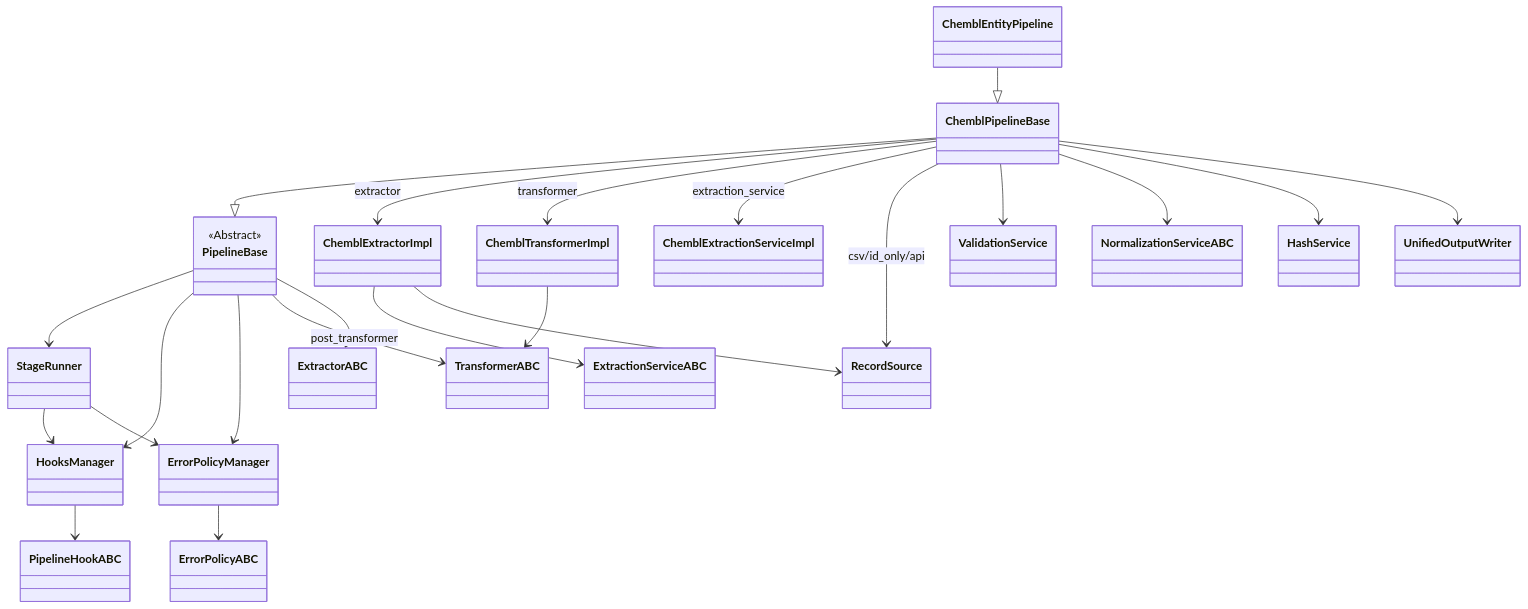
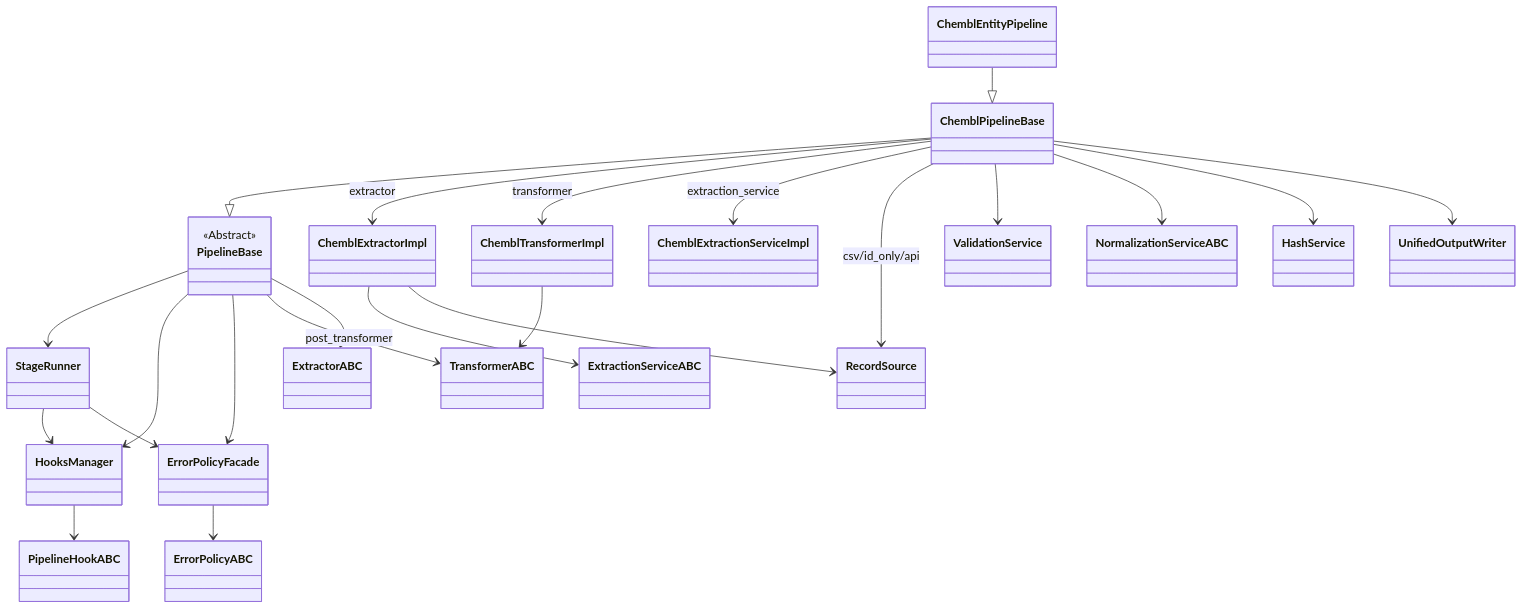
One commit to SatoryKono/BioactivityDataAcquisition changed the diagram in docs/architecture/diagrams/class/11-pipeline-classes.mmd. Above: the diagram before and after it, drawn with Mermaid. The commit also changed 9 other files, not shown here.

Commit message:
Rename error policy facade and update references

```diff
--- a/docs/architecture/diagrams/class/11-pipeline-classes.mmd
+++ b/docs/architecture/diagrams/class/11-pipeline-classes.mmd
@@ -1,50 +1,50 @@
 ---
 id: 15d7b6ea-8c7c-4b0e-9d3a-0b6e3d6e9f11
 ---
 %%{init: {"class": {"domainPrimary": {"fill": "#f5f5f5", "stroke": "#444", "strokeWidth": 1.5, "color": "#111", "fontSize": "22px"}, "domainSecondary": {"fill": "#e3e7ec", "stroke": "#555", "strokeWidth": 1.2, "color": "#111", "fontSize": "18px"}, "interface": {"fill": "#dde7f2", "stroke": "#44546a", "strokeWidth": 1.5, "color": "#111", "fontSize": "22px"}}}}%%
 classDiagram-v2
 
 class PipelineBase {
   <<Abstract>>
 }
 class ChemblPipelineBase
 class ChemblEntityPipeline
 class ChemblExtractorImpl
 class ChemblTransformerImpl
 class ChemblExtractionServiceImpl
 class StageRunner
 class HooksManager
-class ErrorPolicyManager
+class ErrorPolicyFacade
 class RecordSource
 class ValidationService
 class NormalizationServiceABC
 class HashService
 class UnifiedOutputWriter
 class PipelineHookABC
 class ErrorPolicyABC
 class ExtractorABC
 class TransformerABC
 class ExtractionServiceABC
 
 ChemblPipelineBase --|> PipelineBase
 ChemblEntityPipeline --|> ChemblPipelineBase
 ChemblPipelineBase --> ChemblExtractorImpl : extractor
 ChemblPipelineBase --> ChemblTransformerImpl : transformer
 ChemblPipelineBase --> ChemblExtractionServiceImpl : extraction_service
 ChemblPipelineBase --> RecordSource : csv/id_only/api
 ChemblPipelineBase --> ValidationService
 ChemblPipelineBase --> NormalizationServiceABC
 ChemblPipelineBase --> HashService
 ChemblPipelineBase --> UnifiedOutputWriter
 PipelineBase --> StageRunner
 PipelineBase --> HooksManager
-PipelineBase --> ErrorPolicyManager
+PipelineBase --> ErrorPolicyFacade
 PipelineBase --> TransformerABC : post_transformer
 PipelineBase --> ExtractorABC
 ChemblExtractorImpl --> ExtractionServiceABC
 ChemblExtractorImpl --> RecordSource
 ChemblTransformerImpl --> TransformerABC
 HooksManager --> PipelineHookABC
-ErrorPolicyManager --> ErrorPolicyABC
+ErrorPolicyFacade --> ErrorPolicyABC
 StageRunner --> HooksManager
-StageRunner --> ErrorPolicyManager
+StageRunner --> ErrorPolicyFacade
```
